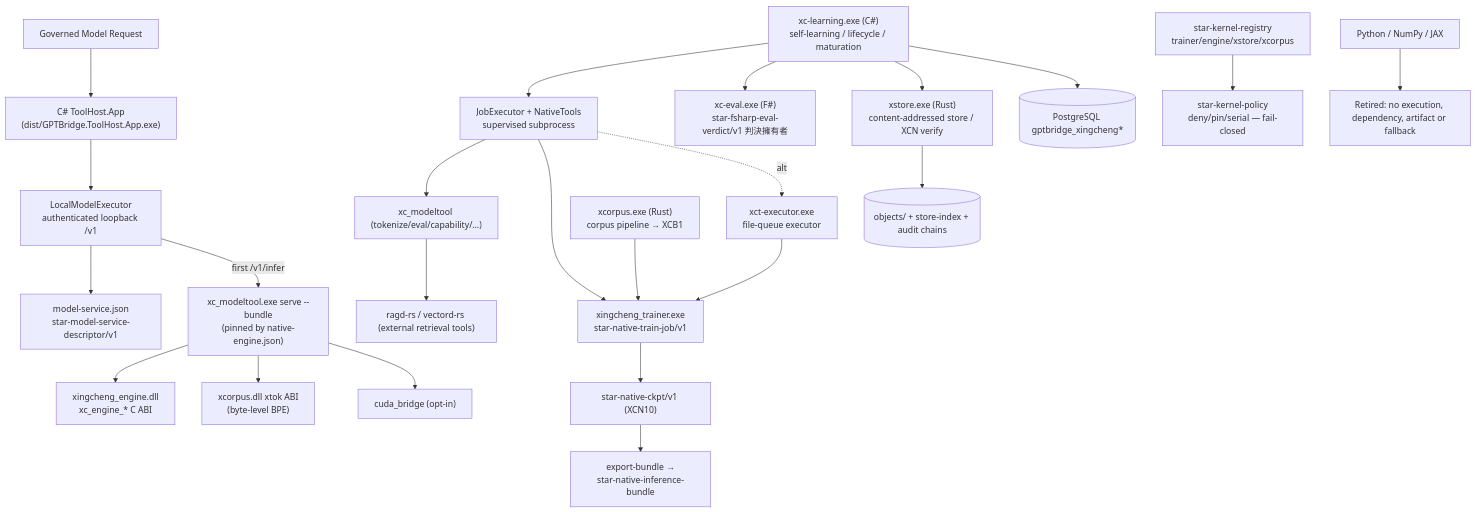
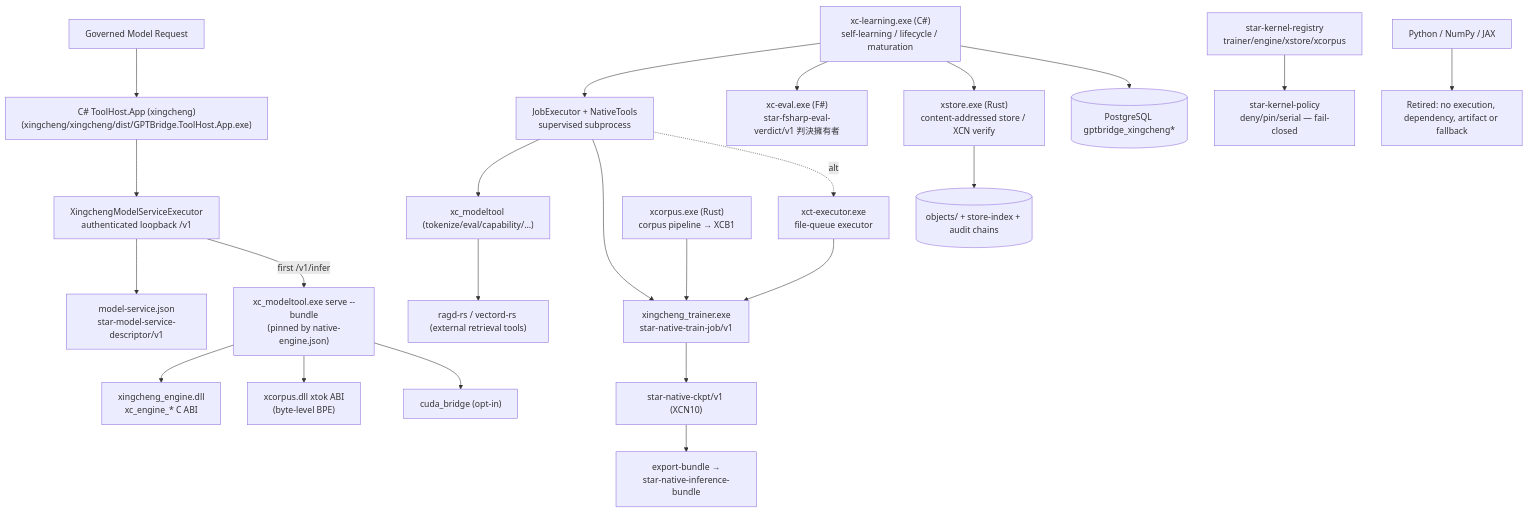
The diagram in governance_rule/codex/architecture-tool-local-model.md (guilty442-source/GPTBridge), drawn with Mermaid before and after one commit. The commit also changed other lines of this file and 16 other files, not shown here.

First line of the commit message:
Re-home xc-model-service under xingcheng runtime ownership

````diff
--- a/governance_rule/codex/architecture-tool-local-model.md
+++ b/governance_rule/codex/architecture-tool-local-model.md
@@ -9,31 +9,31 @@
 ```mermaid
 flowchart TB
-  ENTRY[Governed Model Request] --> HOST["C# ToolHost.App<br/>(dist/GPTBridge.ToolHost.App.exe)"]
-  HOST --> EXEC["LocalModelExecutor<br/>authenticated loopback /v1"]
+  ENTRY[Governed Model Request] --> HOST["C# ToolHost.App (xingcheng)<br/>(xingcheng/xingcheng/dist/GPTBridge.ToolHost.App.exe)"]
+  HOST --> EXEC["XingchengModelServiceExecutor<br/>authenticated loopback /v1"]
   EXEC --> DESC["model-service.json<br/>star-model-service-descriptor/v1"]
   EXEC -->|first /v1/infer| SERVE["xc_modeltool.exe serve --bundle<br/>(pinned by native-engine.json)"]
   SERVE --> ENGINE["xingcheng_engine.dll<br/>xc_engine_* C ABI"]
   SERVE --> TOK["xcorpus.dll xtok ABI<br/>(byte-level BPE)"]
   SERVE --> CUDALANE["cuda_bridge (opt-in)"]
 
   LEARN["xc-learning.exe (C#)<br/>self-learning / lifecycle / maturation"] --> JEXEC["JobExecutor + NativeTools<br/>supervised subprocess"]
   JEXEC --> MODELTOOL["xc_modeltool (tokenize/eval/capability/…)"]
   JEXEC --> TRAINER["xingcheng_trainer.exe<br/>star-native-train-job/v1"]
   JEXEC -.alt.-> XQ["xct-executor.exe<br/>file-queue executor"]
   XQ --> TRAINER
 
   LEARN --> EVALF["xc-eval.exe (F#)<br/>star-fsharp-eval-verdict/v1 判決擁有者"]
   LEARN --> XSTORE["xstore.exe (Rust)<br/>content-addressed store / XCN verify"]
   XCORP["xcorpus.exe (Rust)<br/>corpus pipeline → XCB1"]
   XCORP --> TRAINER
   TRAINER --> CKPT["star-native-ckpt/v1 (XCN10)"]
   CKPT --> BUNDLE["export-bundle →<br/>star-native-inference-bundle"]
 
   LEARN --> PG[(PostgreSQL gptbridge_xingcheng*)]
   XSTORE --> OBJ[(objects/ + store-index + audit chains)]
   MODELTOOL --> RETRIEVE["ragd-rs / vectord-rs (external retrieval tools)"]
 
   KREG["star-kernel-registry<br/>trainer/engine/xstore/xcorpus"] --> KPOL["star-kernel-policy<br/>deny/pin/serial — fail-closed"]
 
   RETIRED[Python / NumPy / JAX] --> DENY[Retired: no execution, dependency, artifact or fallback]
 ```
````
